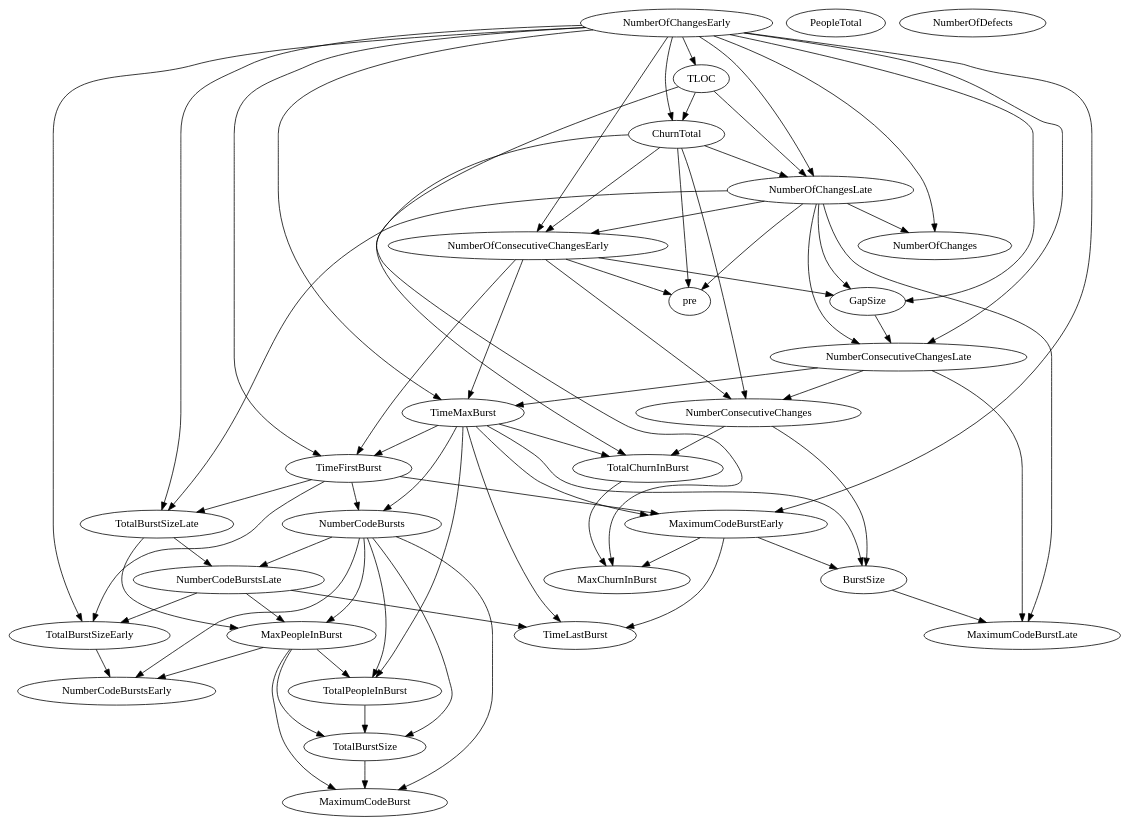
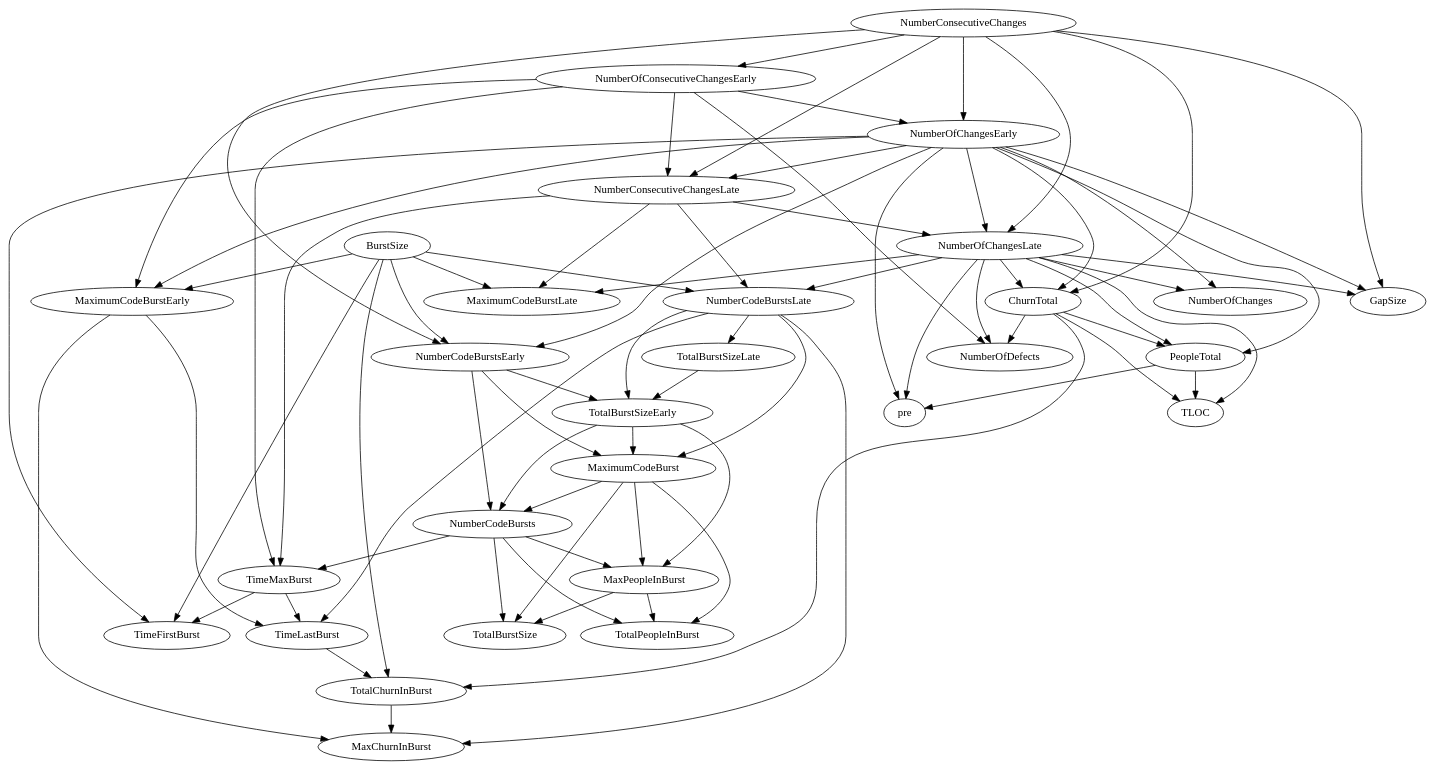
Before and after one commit to Broshen/defect_prediction_analysis: the diagram in experiment_3/bn_graphs/weekly/classes/ECLIPSE20_ALLGAPS_ALLBURSTS/ECLIPSE20_ALLGAPS_ALLBURSTS_bn_10.dot, drawn with Graphviz. The commit also changed 340 other files, not shown here.

```diff
--- a/experiment_3/bn_graphs/weekly/classes/ECLIPSE20_ALLGAPS_ALLBURSTS/ECLIPSE20_ALLGAPS_ALLBURSTS_bn_10.dot
+++ b/experiment_3/bn_graphs/weekly/classes/ECLIPSE20_ALLGAPS_ALLBURSTS/ECLIPSE20_ALLGAPS_ALLBURSTS_bn_10.dot
@@ -1,103 +1,106 @@
 digraph {
    TotalPeopleInBurst;
    MaximumCodeBurstLate;
    NumberOfChanges;
    MaxPeopleInBurst;
    TotalBurstSizeLate;
    NumberCodeBurstsLate;
    NumberOfChangesLate;
    NumberOfChangesEarly;
    MaxChurnInBurst;
    MaximumCodeBurstEarly;
    NumberCodeBurstsEarly;
    TimeFirstBurst;
    TotalChurnInBurst;
    ChurnTotal;
    MaximumCodeBurst;
    NumberOfConsecutiveChangesEarly;
    NumberConsecutiveChangesLate;
    TotalBurstSizeEarly;
    TotalBurstSize;
    TimeMaxBurst;
    NumberConsecutiveChanges;
    TimeLastBurst;
    NumberCodeBursts;
    PeopleTotal;
    pre;
    NumberOfDefects;
    TLOC;
    GapSize;
    BurstSize;
-   TotalPeopleInBurst -> TotalBurstSize;
    MaxPeopleInBurst -> TotalPeopleInBurst;
-   MaxPeopleInBurst -> NumberCodeBurstsEarly;
-   MaxPeopleInBurst -> MaximumCodeBurst;
    MaxPeopleInBurst -> TotalBurstSize;
-   TotalBurstSizeLate -> MaxPeopleInBurst;
-   TotalBurstSizeLate -> NumberCodeBurstsLate;
-   NumberCodeBurstsLate -> MaxPeopleInBurst;
+   TotalBurstSizeLate -> TotalBurstSizeEarly;
+   NumberCodeBurstsLate -> TotalBurstSizeLate;
+   NumberCodeBurstsLate -> MaxChurnInBurst;
+   NumberCodeBurstsLate -> MaximumCodeBurst;
    NumberCodeBurstsLate -> TotalBurstSizeEarly;
    NumberCodeBurstsLate -> TimeLastBurst;
    NumberOfChangesLate -> MaximumCodeBurstLate;
    NumberOfChangesLate -> NumberOfChanges;
-   NumberOfChangesLate -> TotalBurstSizeLate;
-   NumberOfChangesLate -> NumberOfConsecutiveChangesEarly;
-   NumberOfChangesLate -> NumberConsecutiveChangesLate;
+   NumberOfChangesLate -> NumberCodeBurstsLate;
+   NumberOfChangesLate -> ChurnTotal;
+   NumberOfChangesLate -> PeopleTotal;
    NumberOfChangesLate -> pre;
+   NumberOfChangesLate -> NumberOfDefects;
+   NumberOfChangesLate -> TLOC;
    NumberOfChangesLate -> GapSize;
    NumberOfChangesEarly -> NumberOfChanges;
-   NumberOfChangesEarly -> TotalBurstSizeLate;
    NumberOfChangesEarly -> NumberOfChangesLate;
    NumberOfChangesEarly -> MaximumCodeBurstEarly;
+   NumberOfChangesEarly -> NumberCodeBurstsEarly;
    NumberOfChangesEarly -> TimeFirstBurst;
    NumberOfChangesEarly -> ChurnTotal;
-   NumberOfChangesEarly -> NumberOfConsecutiveChangesEarly;
    NumberOfChangesEarly -> NumberConsecutiveChangesLate;
-   NumberOfChangesEarly -> TotalBurstSizeEarly;
-   NumberOfChangesEarly -> TimeMaxBurst;
-   NumberOfChangesEarly -> TLOC;
+   NumberOfChangesEarly -> PeopleTotal;
+   NumberOfChangesEarly -> pre;
    NumberOfChangesEarly -> GapSize;
    MaximumCodeBurstEarly -> MaxChurnInBurst;
    MaximumCodeBurstEarly -> TimeLastBurst;
-   MaximumCodeBurstEarly -> BurstSize;
-   TimeFirstBurst -> TotalBurstSizeLate;
-   TimeFirstBurst -> MaximumCodeBurstEarly;
-   TimeFirstBurst -> TotalBurstSizeEarly;
-   TimeFirstBurst -> NumberCodeBursts;
+   NumberCodeBurstsEarly -> MaximumCodeBurst;
+   NumberCodeBurstsEarly -> TotalBurstSizeEarly;
+   NumberCodeBurstsEarly -> NumberCodeBursts;
    TotalChurnInBurst -> MaxChurnInBurst;
-   ChurnTotal -> NumberOfChangesLate;
    ChurnTotal -> TotalChurnInBurst;
-   ChurnTotal -> NumberOfConsecutiveChangesEarly;
-   ChurnTotal -> NumberConsecutiveChanges;
-   ChurnTotal -> pre;
-   NumberOfConsecutiveChangesEarly -> TimeFirstBurst;
+   ChurnTotal -> PeopleTotal;
+   ChurnTotal -> NumberOfDefects;
+   ChurnTotal -> TLOC;
+   MaximumCodeBurst -> TotalPeopleInBurst;
+   MaximumCodeBurst -> MaxPeopleInBurst;
+   MaximumCodeBurst -> TotalBurstSize;
+   MaximumCodeBurst -> NumberCodeBursts;
+   NumberOfConsecutiveChangesEarly -> NumberOfChangesEarly;
+   NumberOfConsecutiveChangesEarly -> MaximumCodeBurstEarly;
+   NumberOfConsecutiveChangesEarly -> NumberConsecutiveChangesLate;
    NumberOfConsecutiveChangesEarly -> TimeMaxBurst;
-   NumberOfConsecutiveChangesEarly -> NumberConsecutiveChanges;
-   NumberOfConsecutiveChangesEarly -> pre;
-   NumberOfConsecutiveChangesEarly -> GapSize;
+   NumberOfConsecutiveChangesEarly -> NumberOfDefects;
    NumberConsecutiveChangesLate -> MaximumCodeBurstLate;
+   NumberConsecutiveChangesLate -> NumberCodeBurstsLate;
+   NumberConsecutiveChangesLate -> NumberOfChangesLate;
    NumberConsecutiveChangesLate -> TimeMaxBurst;
-   NumberConsecutiveChangesLate -> NumberConsecutiveChanges;
-   TotalBurstSizeEarly -> NumberCodeBurstsEarly;
-   TotalBurstSize -> MaximumCodeBurst;
-   TimeMaxBurst -> TotalPeopleInBurst;
-   TimeMaxBurst -> MaximumCodeBurstEarly;
+   TotalBurstSizeEarly -> MaxPeopleInBurst;
+   TotalBurstSizeEarly -> MaximumCodeBurst;
+   TotalBurstSizeEarly -> NumberCodeBursts;
    TimeMaxBurst -> TimeFirstBurst;
-   TimeMaxBurst -> TotalChurnInBurst;
    TimeMaxBurst -> TimeLastBurst;
-   TimeMaxBurst -> NumberCodeBursts;
-   TimeMaxBurst -> BurstSize;
-   NumberConsecutiveChanges -> TotalChurnInBurst;
-   NumberConsecutiveChanges -> BurstSize;
+   NumberConsecutiveChanges -> NumberOfChangesLate;
+   NumberConsecutiveChanges -> NumberOfChangesEarly;
+   NumberConsecutiveChanges -> NumberCodeBurstsEarly;
+   NumberConsecutiveChanges -> ChurnTotal;
+   NumberConsecutiveChanges -> NumberOfConsecutiveChangesEarly;
+   NumberConsecutiveChanges -> NumberConsecutiveChangesLate;
+   NumberConsecutiveChanges -> GapSize;
+   TimeLastBurst -> TotalChurnInBurst;
    NumberCodeBursts -> TotalPeopleInBurst;
    NumberCodeBursts -> MaxPeopleInBurst;
-   NumberCodeBursts -> NumberCodeBurstsLate;
-   NumberCodeBursts -> NumberCodeBurstsEarly;
-   NumberCodeBursts -> MaximumCodeBurst;
    NumberCodeBursts -> TotalBurstSize;
-   TLOC -> NumberOfChangesLate;
-   TLOC -> MaxChurnInBurst;
-   TLOC -> ChurnTotal;
-   GapSize -> NumberConsecutiveChangesLate;
+   NumberCodeBursts -> TimeMaxBurst;
+   PeopleTotal -> pre;
+   PeopleTotal -> TLOC;
    BurstSize -> MaximumCodeBurstLate;
+   BurstSize -> NumberCodeBurstsLate;
+   BurstSize -> MaximumCodeBurstEarly;
+   BurstSize -> NumberCodeBurstsEarly;
+   BurstSize -> TimeFirstBurst;
+   BurstSize -> TotalChurnInBurst;
 }
```
